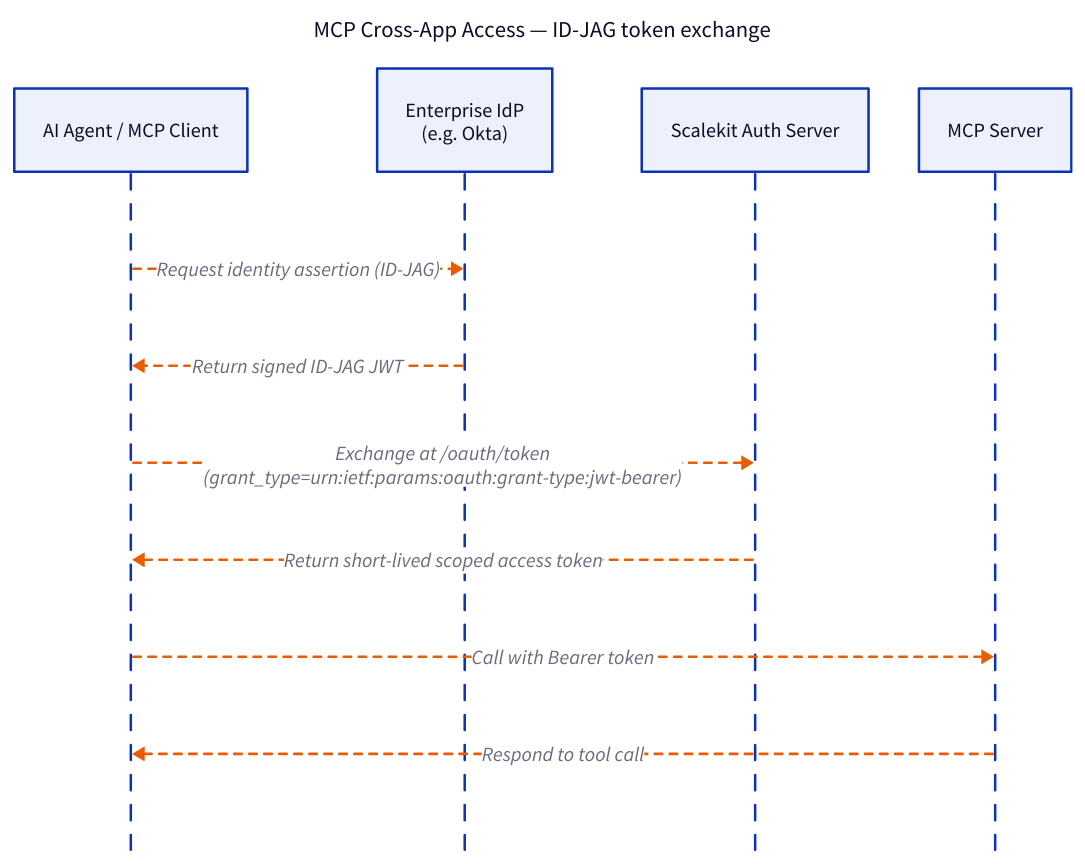
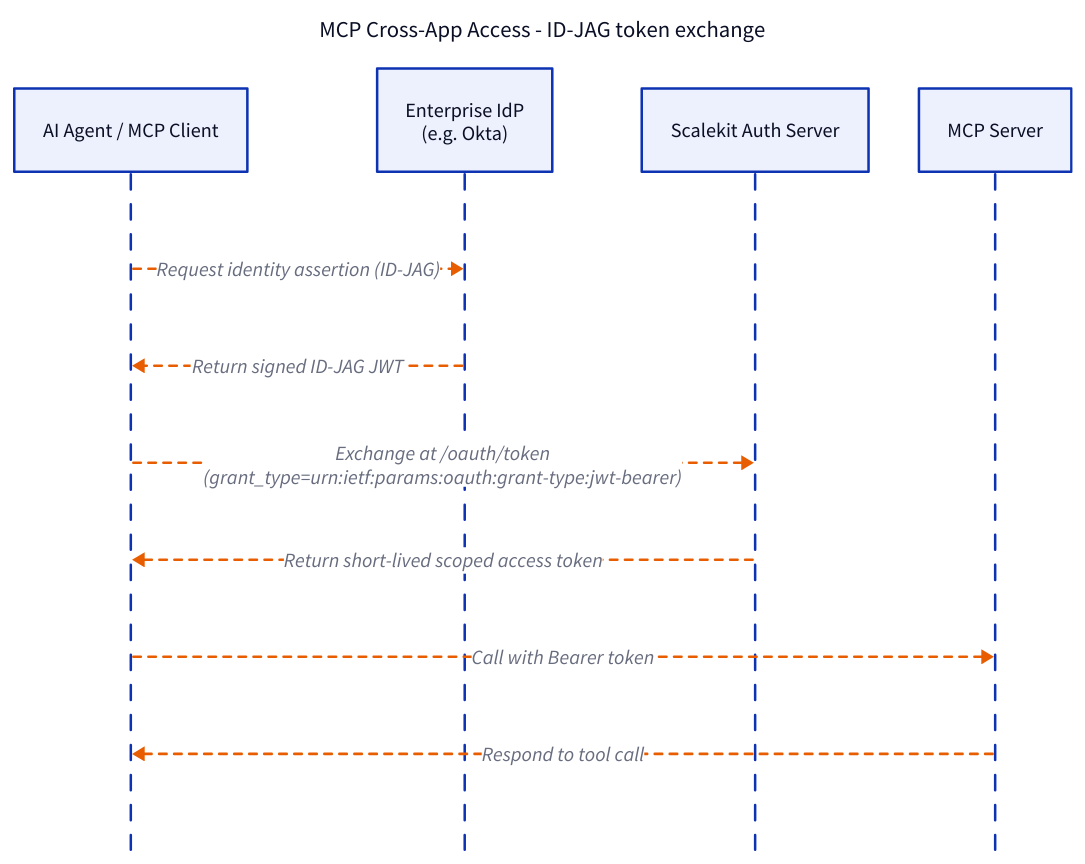
The diagram in src/content/docs/mcp/auth-methods/xaa.mdx (scalekit-inc/developer-docs), drawn with D2 before and after one commit. The commit also changed other lines of this file and 3 other files, not shown here.

````diff
--- a/src/content/docs/mcp/auth-methods/xaa.mdx
+++ b/src/content/docs/mcp/auth-methods/xaa.mdx
@@ -36,50 +36,50 @@
 ```d2 pad=36
-title: "MCP Cross-App Access — ID-JAG token exchange" {
+title: "MCP Cross-App Access - ID-JAG token exchange" {
   near: top-center
   shape: text
   style.font-size: 18
 }
 
 shape: sequence_diagram
 
 AI Agent / MCP Client
 "Enterprise IdP\n(e.g. Okta)"
 Scalekit Auth Server
 MCP Server
 
 AI Agent / MCP Client -> "Enterprise IdP\n(e.g. Okta)": Request identity assertion (ID-JAG) {
   style.stroke: "#E85D00"
   style.stroke-width: 2
   style.stroke-dash: 3
 }
 
 "Enterprise IdP\n(e.g. Okta)" -> AI Agent / MCP Client: Return signed ID-JAG JWT {
   style.stroke: "#E85D00"
   style.stroke-width: 2
   style.stroke-dash: 3
 }
 
 AI Agent / MCP Client -> Scalekit Auth Server: Exchange at /oauth/token\n(grant_type=urn:ietf:params:oauth:grant-type:jwt-bearer) {
   style.stroke: "#E85D00"
   style.stroke-width: 2
   style.stroke-dash: 3
 }
 
 Scalekit Auth Server -> AI Agent / MCP Client: Return short-lived scoped access token {
   style.stroke: "#E85D00"
   style.stroke-width: 2
   style.stroke-dash: 3
 }
 
 AI Agent / MCP Client -> MCP Server: Call with Bearer token {
   style.stroke: "#E85D00"
   style.stroke-width: 2
   style.stroke-dash: 3
 }
 
 MCP Server -> AI Agent / MCP Client: Respond to tool call {
   style.stroke: "#E85D00"
   style.stroke-width: 2
   style.stroke-dash: 3
 }
 ```
````
